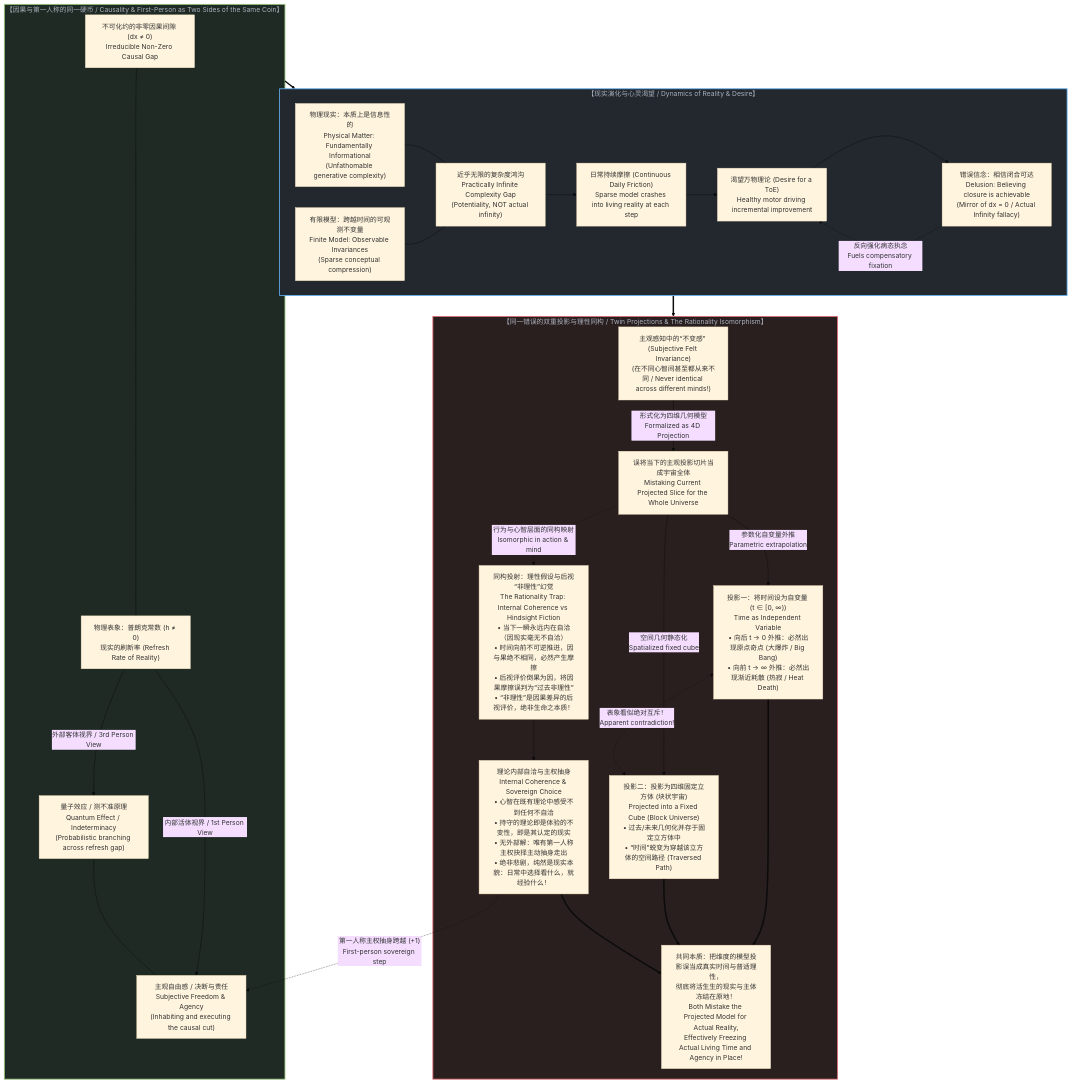
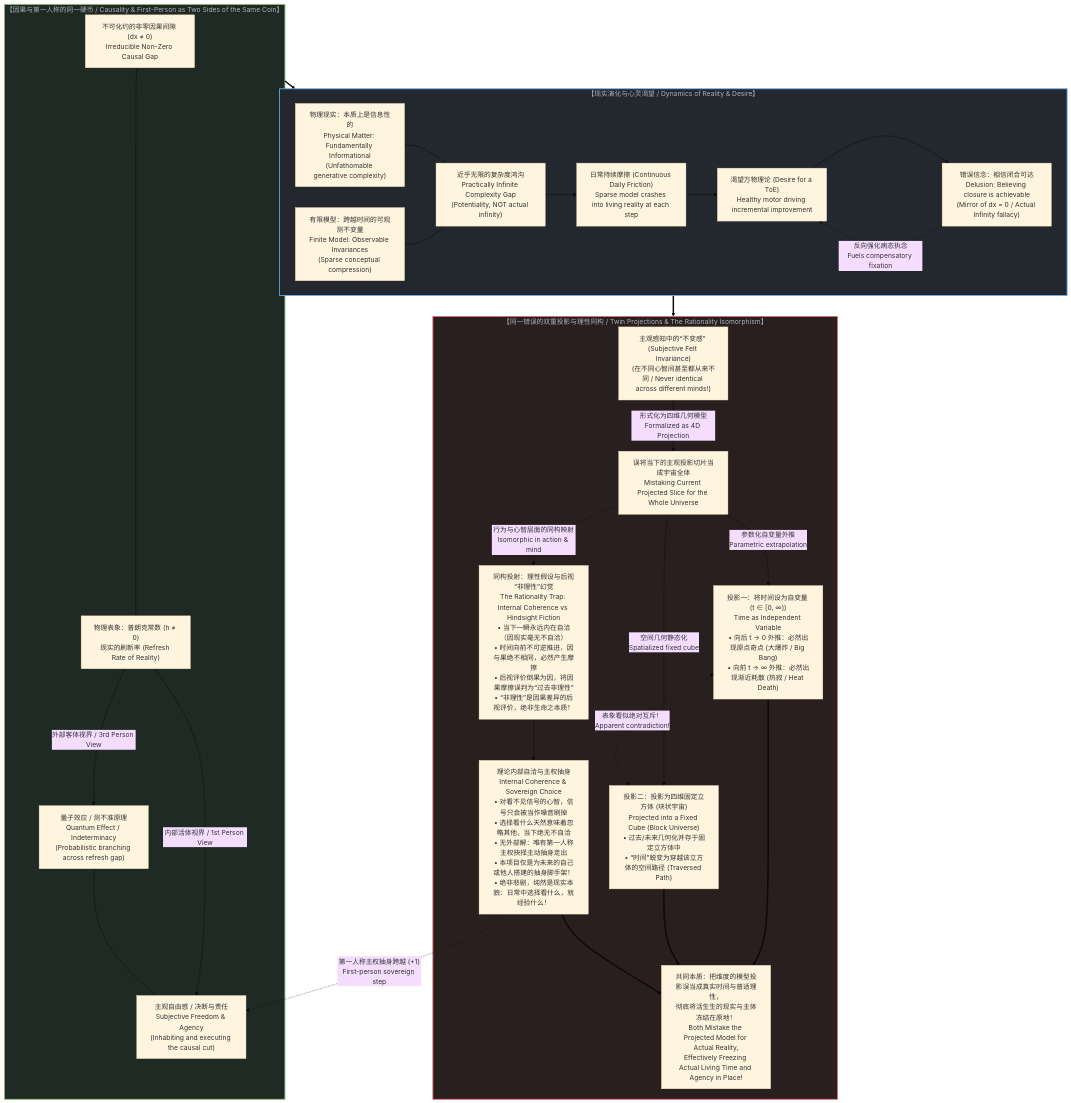
The diagram in content/posts/demanding-a-toe-freezes-time-into-a-catalog.md (powerpig99/not-a-toe), drawn with Mermaid (base theme) before and after one commit. The commit also changed other lines of this file and 3 other files, not shown here.

````diff
--- a/content/posts/demanding-a-toe-freezes-time-into-a-catalog.md
+++ b/content/posts/demanding-a-toe-freezes-time-into-a-catalog.md
@@ -743,67 +756,67 @@
 ```mermaid
 graph TD
     subgraph GrandCoherence["【因果与第一人称的同一硬币 / Causality & First-Person as Two Sides of the Same Coin】"]
         Cut["不可化约的非零因果间隙 (dx ≠ 0)<br>Irreducible Non-Zero Causal Gap"]
         Planck["物理表象：普朗克常数 (h ≠ 0)<br>现实的刷新率 (Refresh Rate of Reality)"]
         
         Cut --- Planck
         
         Planck -->|"外部客体视界 / 3rd Person View"| Quantum["量子效应 / 测不准原理<br>Quantum Effect / Indeterminacy<br>(Probabilistic branching across refresh gap)"]
         Planck -->|"内部活体视界 / 1st Person View"| Freedom["主观自由感 / 决断与责任<br>Subjective Freedom & Agency<br>(Inhabiting and executing the causal cut)"]
         
         Quantum --- Freedom
     end
 
     subgraph Dynamics["【现实演化与心灵渴望 / Dynamics of Reality & Desire】"]
         Reality["物理现实：本质上是信息性的<br>Physical Matter: Fundamentally Informational<br>(Unfathomable generative complexity)"]
         Model["有限模型：跨越时间的可观测不变量<br>Finite Model: Observable Invariances<br>(Sparse conceptual compression)"]
         
         Gap["近乎无限的复杂度鸿沟<br>Practically Infinite Complexity Gap<br>(Potentiality, NOT actual infinity)"]
         Reality --- Gap
         Model --- Gap
         
         Friction["日常持续摩擦 (Continuous Daily Friction)<br>Sparse model crashes into living reality at each step"]
         Gap --> Friction
         
         Desire["渴望万物理论 (Desire for a ToE)<br>Healthy motor driving incremental improvement"]
         Belief["错误信念：相信闭合可达<br>Delusion: Believing closure is achievable<br>(Mirror of dx = 0 / Actual Infinity fallacy)"]
         
         Friction --> Desire
         Desire --> Belief
         Belief -. "反向强化病态执念<br>Fuels compensatory fixation" .-> Desire
     end
 
     subgraph TwinProjections["【同一错误的双重投影与理性同构 / Twin Projections & The Rationality Isomorphism】"]
         Subjective["主观感知中的“不变感” (Subjective Felt Invariance)<br>(在不同心智间甚至都从来不同 / Never identical across different minds!)"]
         CurrentSlice["误将当下的主观投影切片当成宇宙全体<br>Mistaking Current Projected Slice for the Whole Universe"]
         
         Subjective -->|"形式化为四维几何模型<br>Formalized as 4D Projection"| CurrentSlice
         
         Proj1["投影一：将时间设为自变量 (t ∈ [0, ∞))<br>Time as Independent Variable<br>• 向后 t → 0 外推：必然出现原点奇点 (大爆炸 / Big Bang)<br>• 向前 t → ∞ 外推：必然出现渐近耗散 (热寂 / Heat Death)"]
         
         Proj2["投影二：投影为四维固定立方体 (块状宇宙)<br>Projected into a Fixed Cube (Block Universe)<br>• 过去/未来几何化并存于固定立方体中<br>• “时间”蜕变为穿越该立方体的空间路径 (Traversed Path)"]
         
         Rationality["同构投射：理性假设与后视“非理性”幻觉<br>The Rationality Trap: Internal Coherence vs Hindsight Fiction<br>• 当下一瞬永远内在自洽（因现实毫无不自洽）<br>• 时间向前不可逆推进，因与果绝不相同，必然产生摩擦<br>• 后视评价倒果为因，将因果摩擦误判为“过去非理性”<br>• “非理性”是因果差异的后视评价，绝非生命之本质！"]
         
         Freeze["共同本质：把维度的模型投影误当成真实时间与普适理性，<br>彻底将活生生的现实与主体冻结在原地！<br>Both Mistake the Projected Model for Actual Reality,<br>Effectively Freezing Actual Living Time and Agency in Place!"]
         
         CurrentSlice -->|"参数化自变量外推<br>Parametric extrapolation"| Proj1
         CurrentSlice -->|"空间几何静态化<br>Spatialized fixed cube"| Proj2
         CurrentSlice -. "行为与心智层面的同构映射<br>Isomorphic in action & mind" .-> Rationality
         Proj1 <-. "表象看似绝对互斥！<br>Apparent contradiction!" .-> Proj2
         Proj1 ==> Freeze
         Proj2 ==> Freeze
-        SovereignChoice["理论内部自洽与主权抽身<br>Internal Coherence & Sovereign Choice<br>• 心智在既有理论中感受不到任何不自洽<br>• 持守的理论即是体验的不变性，即是其认定的现实<br>• 无外部解：唯有第一人称主权抉择主动抽身走出<br>• 绝非悲剧，纯然是现实本貌：日常中选择看什么，就经验什么！"]
+        SovereignChoice["理论内部自洽与主权抽身<br>Internal Coherence & Sovereign Choice<br>• 对看不见信号的心智，信号只会被当作噪音刷掉<br>• 选择看什么天然意味着忽略其他，当下绝无不自洽<br>• 无外部解：唯有第一人称主权抉择主动抽身走出<br>• 本项目仅是为未来的自己或他人搭建的抽身脚手架！<br>• 绝非悲剧，纯然是现实本貌：日常中选择看什么，就经验什么！"]
         
         Rationality --> SovereignChoice
         SovereignChoice ==> Freeze
         SovereignChoice -. "第一人称主权抽身跨越 (+1)<br>First-person sovereign step" .-> Freedom
     end
 
     GrandCoherence ==> Dynamics
     Dynamics ==> TwinProjections
 
     style GrandCoherence fill:#1f2a24,stroke:#98c379,stroke-width:2px,color:#abb2bf
     style Dynamics fill:#23272e,stroke:#61afef,stroke-width:2px,color:#abb2bf
     style TwinProjections fill:#2a1f1f,stroke:#e06c75,stroke-width:2px,color:#abb2bf
 ```
````
